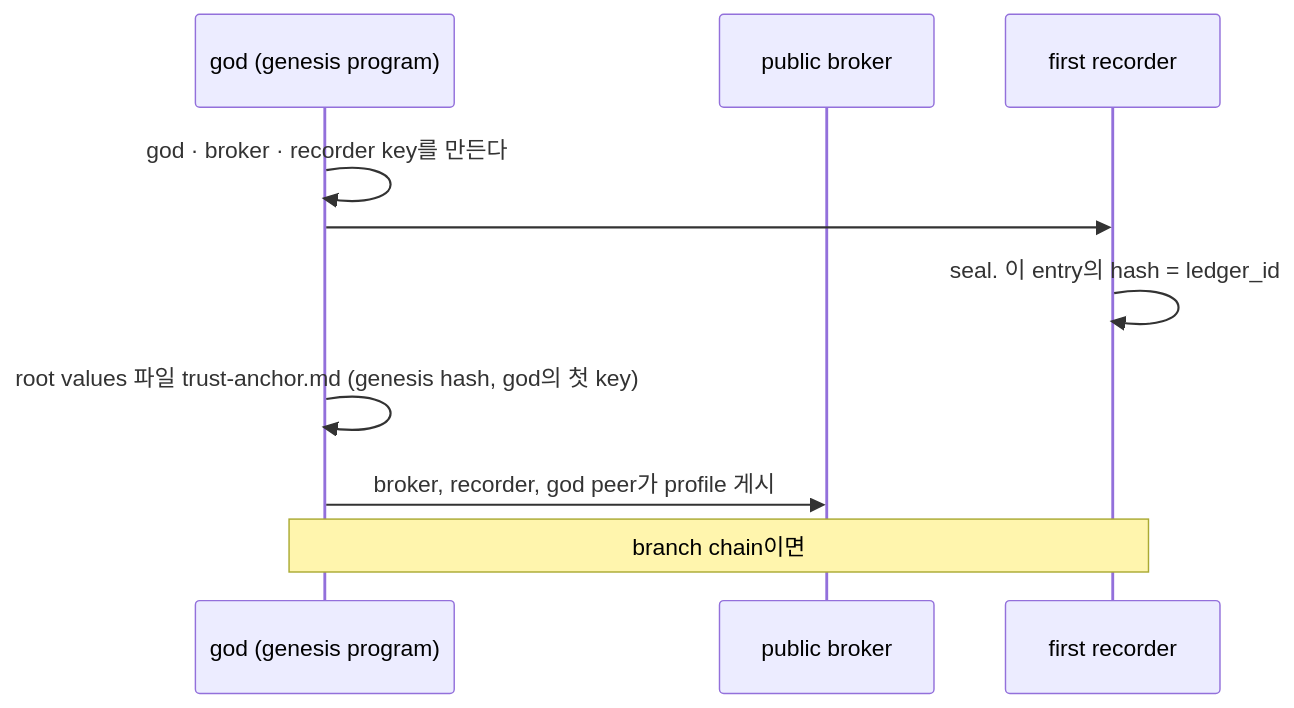
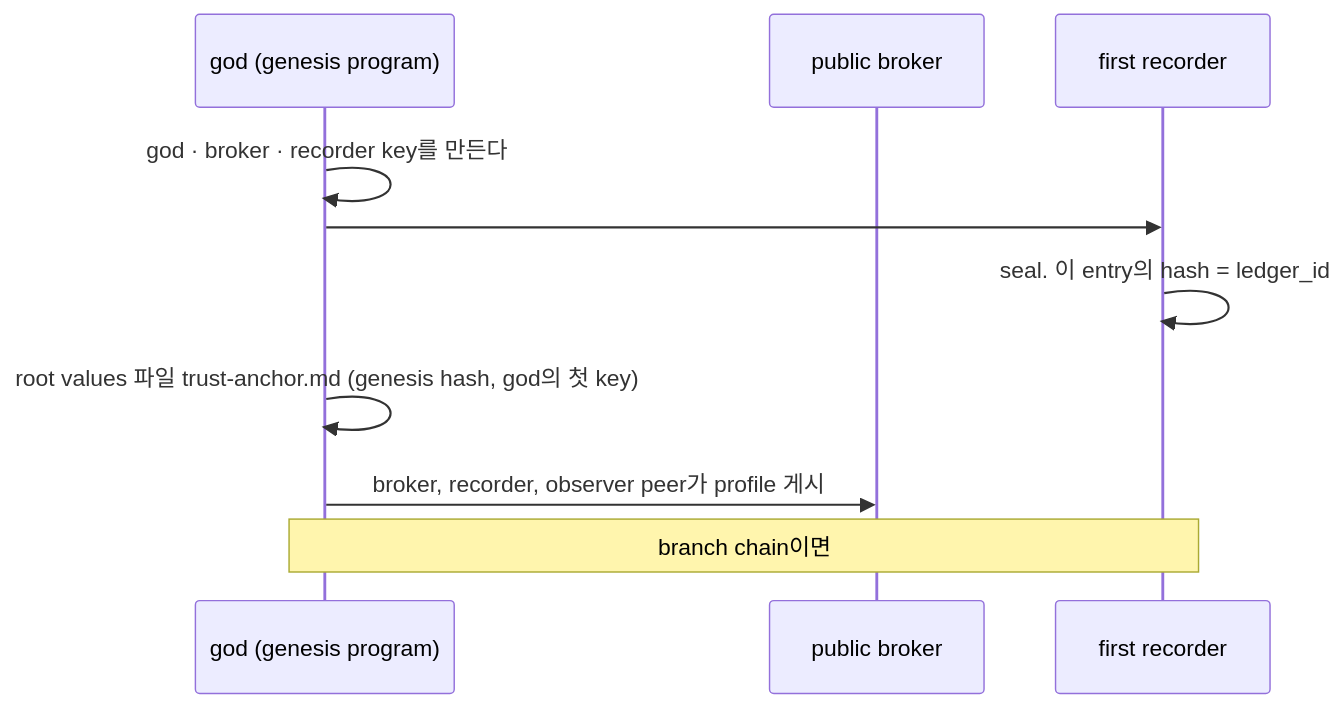
Before and after one commit to tanminkwan/share-ur-tokens: diagram 12 of 35 in docs/education.md, drawn with Mermaid. The commit also changed other lines of this file and 3 other files, not shown here.

````diff
--- a/docs/education.md
+++ b/docs/education.md
@@ -313,12 +314,12 @@
 ```mermaid
 sequenceDiagram
     participant G as god (genesis program)
     participant B as public broker
     participant R as first recorder
     G->>G: god · broker · recorder key를 만든다
     G->>R: #0 genesis {god, broker, recorder, group_id} (god signature)
     R->>R: seal. 이 entry의 hash = ledger_id
     G->>G: root values 파일 trust-anchor.md (genesis hash, god의 첫 key)
-    G->>B: broker, recorder, god peer가 profile 게시
+    G->>B: broker, recorder, observer peer가 profile 게시
     Note over G,R: branch chain이면 #0에 parent, trunk에 chain_link, #1에 parent_link
 ```
````
